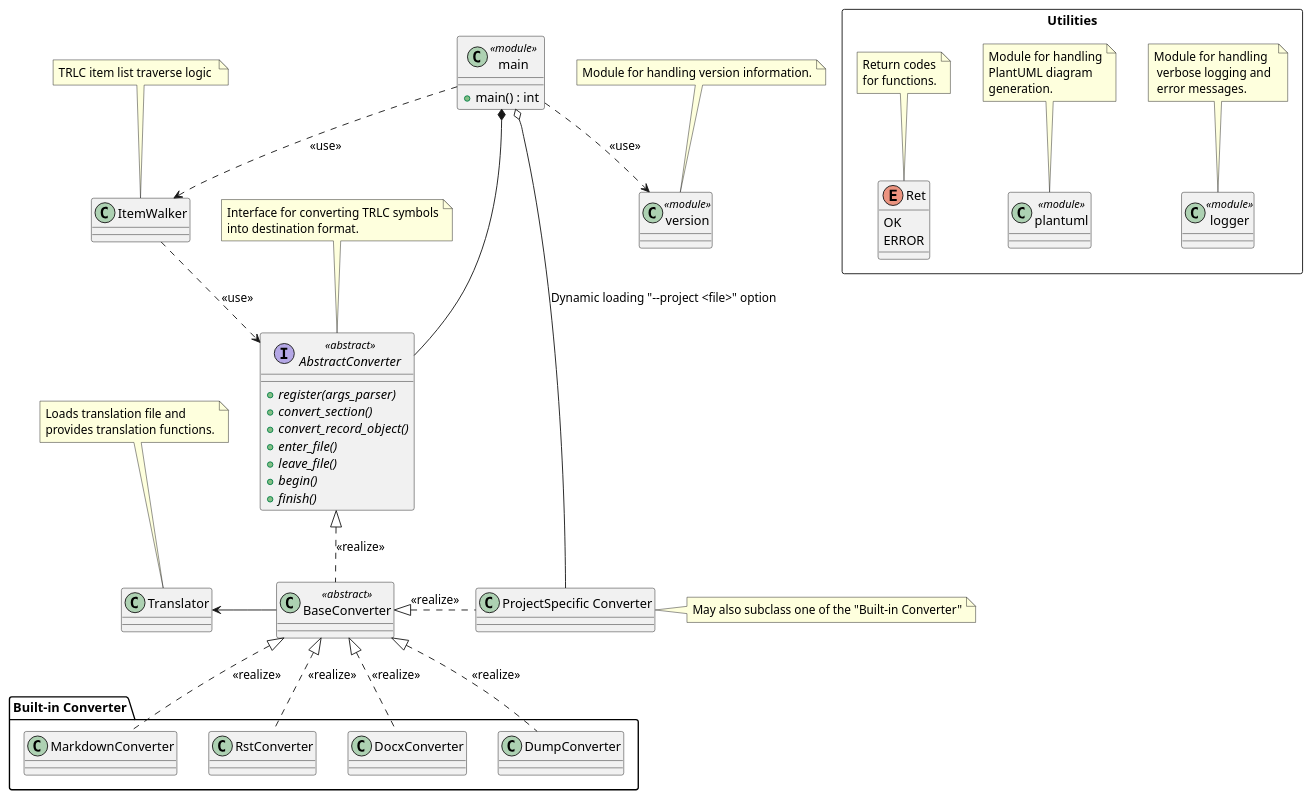
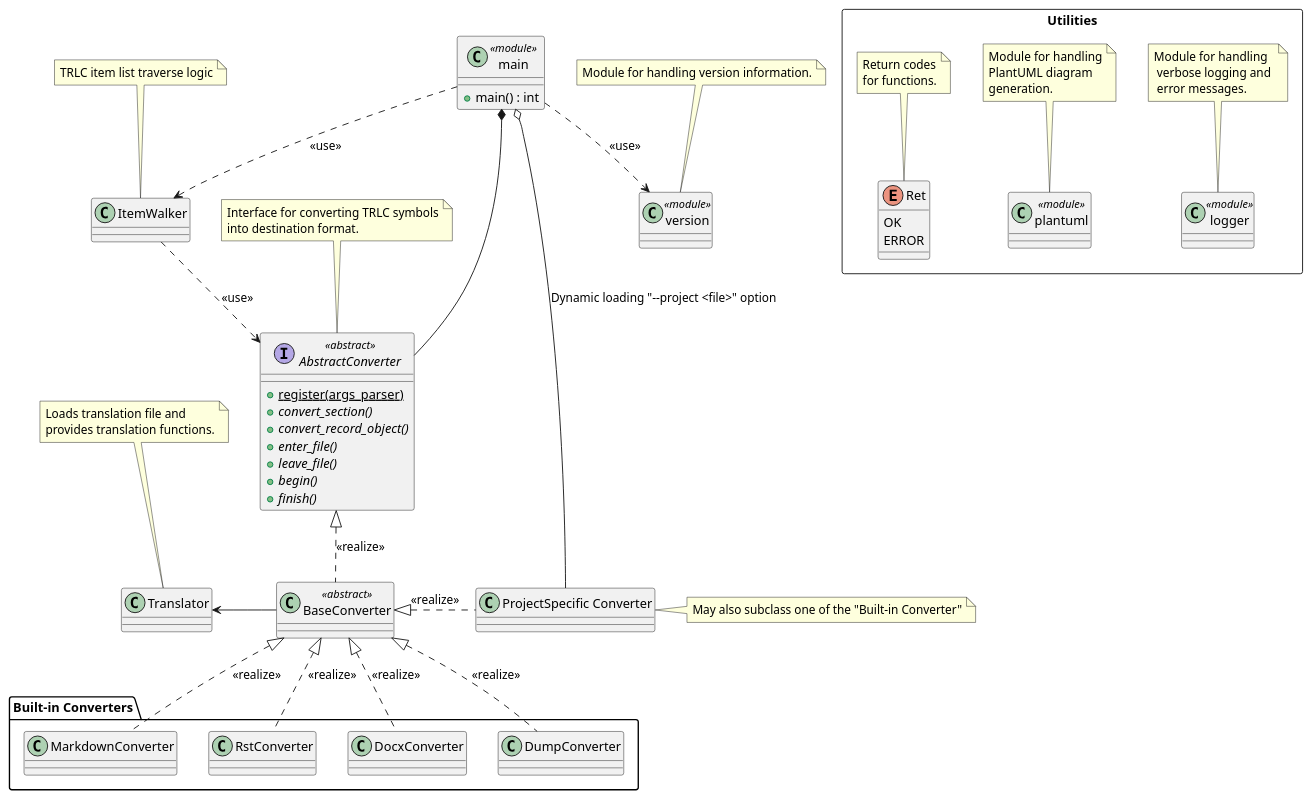
One commit to NewTec-GmbH/pyTRLCConverter changed the diagram in doc/architecture/class_diagram.puml. Above: the diagram before and after it, drawn with PlantUML. The commit also changed 12 other files, not shown here.

```diff
--- a/doc/architecture/class_diagram.puml
+++ b/doc/architecture/class_diagram.puml
@@ -1,117 +1,117 @@
 @startuml class_diagram
 
 interface "AbstractConverter" as abstractConverter <<abstract>> {
-    + {abstract} register(args_parser)
+    + {static} register(args_parser)
     + {abstract} convert_section()
     + {abstract} convert_record_object()
     + {abstract} enter_file()
     + {abstract} leave_file()
     + {abstract} begin()
     + {abstract} finish()
 }
 
 note top of abstractConverter
     Interface for converting TRLC symbols
     into destination format.
 end note
 
 class "BaseConverter" as baseConverter <<abstract>> {
 }
 
-package "Built-in Converter" {
+package "Built-in Converters" {
 
     class "MarkdownConverter" as markdownConverter {
     }
 
     class "RstConverter" as rstConverter {
 
     }
 
     class "DocxConverter" as docxConverter {
     }
 
     class "DumpConverter" as dumpConverter {
     }
 }
 
 abstractConverter <|.. baseConverter: <<realize>>
 baseConverter <|.. markdownConverter: <<realize>>
 baseConverter <|.. docxConverter: <<realize>>
 baseConverter <|.. dumpConverter: <<realize>>
 baseConverter <|.. rstConverter: <<realize>>
 
 class "version" as version <<module>> {
 }
 
 note top of version
     Module for handling version information.
 end note
 
 rectangle Utilities {
 
     class "logger" as logger <<module>> {
     }
 
     note top of logger
         Module for handling
          verbose logging and 
          error messages.
     end note
 
     class "plantuml" as plantuml <<module>> {
     }
 
     note top of plantuml
         Module for handling
         PlantUML diagram
         generation.
     end note
 
     enum Ret {
         OK
         ERROR
     }
 
     note top of Ret
         Return codes
         for functions.
     end note
 }
 
 class "main" as main <<module>> {
     + main() : int
 }
 
 class "ItemWalker" as itemWalker
 
 note top of itemWalker
-    TRLC item list traverse logic 
+    TRLC item list traverse logic
 end note
 
 
 main ..> itemWalker: <<use>>
 itemWalker ..> abstractConverter: <<use>>
 main *--- abstractConverter
 main ..> version: <<use>>
 
 
 class "ProjectSpecific Converter" as prjSpecConverter {
 }
 
 note right of prjSpecConverter
 May also subclass one of the "Built-in Converter"
 end note
 
 baseConverter <|.r. prjSpecConverter: <<realize>>
 main o- prjSpecConverter : Dynamic loading "--project <file>" option
 
 class "Translator" as translator
 
 note top of translator
     Loads translation file and
     provides translation functions.
 end note
 
 translator <- baseConverter
 
 @enduml
```
